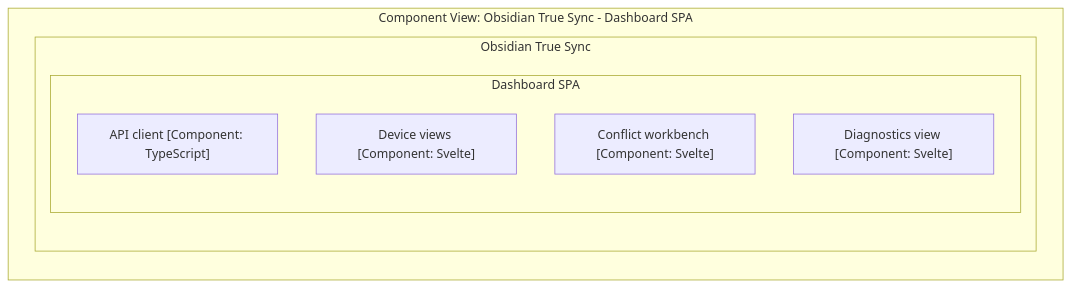
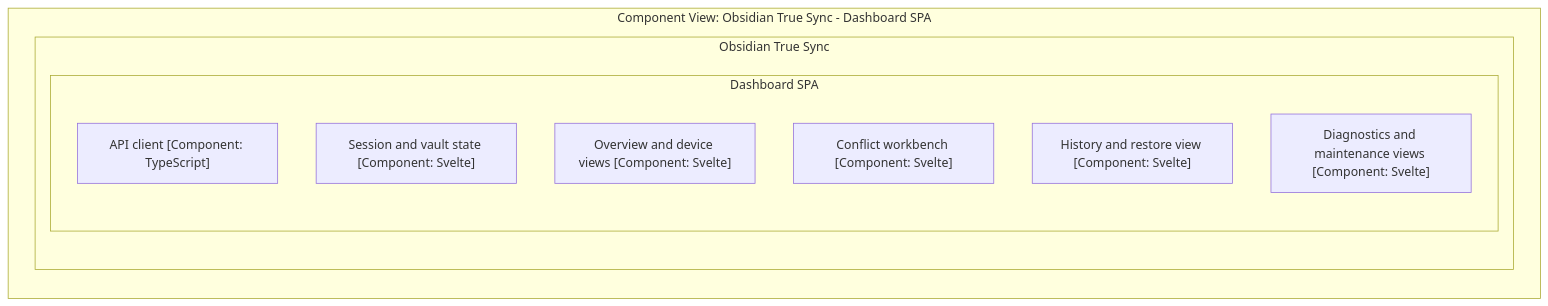
Before and after one commit to nareto/obts: the second of 5 diagrams in architecture/DIAGRAMS.md, drawn with Mermaid. The commit also changed other lines of this file and 36 other files, not shown here.

First line of the commit message:
docs(architecture): replace the proof-of-concept PRD

````diff
--- a/architecture/DIAGRAMS.md
+++ b/architecture/DIAGRAMS.md
@@ -50,20 +61,22 @@
 ```mermaid
 graph LR
 
   subgraph diagram ["Component View: Obsidian True Sync - Dashboard SPA"]
 
-    subgraph 5 ["Obsidian True Sync"]
+    subgraph 6 ["Obsidian True Sync"]
 
-      subgraph 16 ["Dashboard SPA"]
+      subgraph 17 ["Dashboard SPA"]
 
-        17["API client [Component: TypeScript]"]
-        18["Device views [Component: Svelte]"]
-        19["Conflict workbench [Component: Svelte]"]
-        20["Diagnostics view [Component: Svelte]"]
+        18["API client [Component: TypeScript]"]
+        19["Session and vault state [Component: Svelte]"]
+        20["Overview and device views [Component: Svelte]"]
+        21["Conflict workbench [Component: Svelte]"]
+        22["History and restore view [Component: Svelte]"]
+        23["Diagnostics and maintenance views [Component: Svelte]"]
       end
 
     end
 
   end
 
 ```
````
